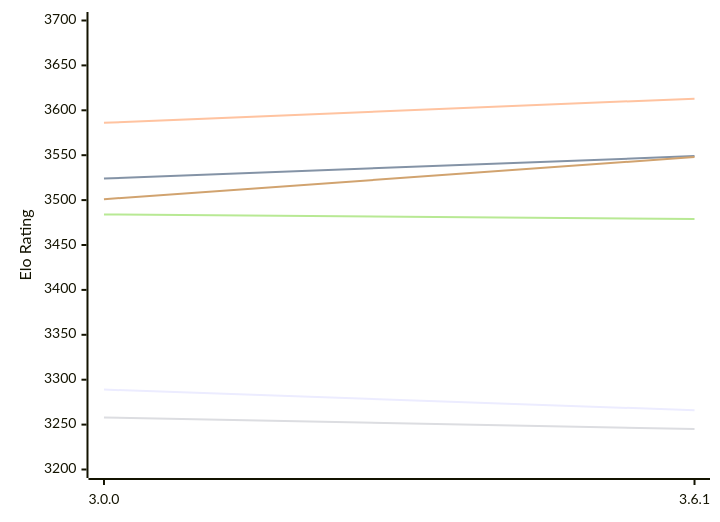
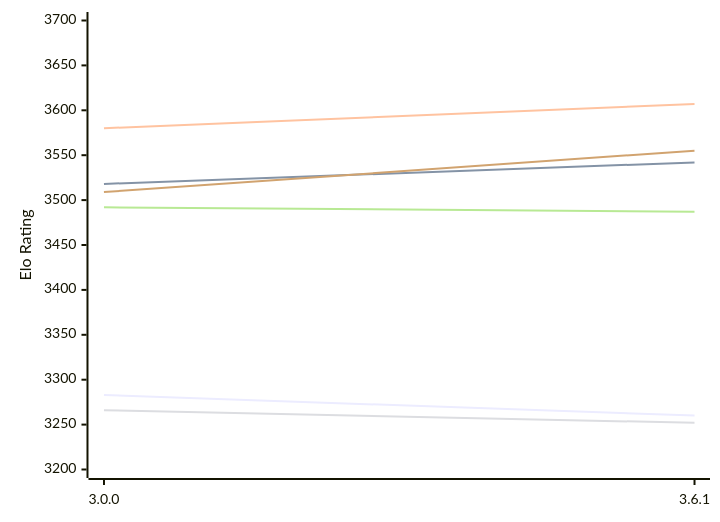
The diagram in engines/Peras.md (computer-chess-index/cci), drawn with Mermaid before and after one commit. The commit also changed other lines of this file, not shown here.

Commit message:
Update CCI Ratings (ELO VLTC) - 2026-11-18

````diff
--- a/engines/Peras.md
+++ b/engines/Peras.md
@@ -49,12 +49,12 @@
 ```mermaid
 %%{init: {"theme":"base","themeVariables":{"seriesColors:['#a3a3a3','#222221','#faa371']}}}%%
 xychart-beta
   x-axis ["3.0.0", "3.6.1"]
   y-axis "Elo Rating" 3200 --> 3700
-  line "E1: STC (8.0+0.08s)" [3289, 3266]
-  line "E1: LTC (60.0+0.60s)" [3524, 3549]
-  line "E1: VLTC (2m24s+1.12s)" [3586, 3613]
-  line "P1: STC (8.0+0.08s)" [3258, 3245]
-  line "P1: LTC (60.0+0.60s)" [3484, 3479]
-  line "P1: VLTC (2m24s+1.12s)" [3501, 3548]
+  line "E1: STC (8.0+0.08s)" [3283, 3260]
+  line "E1: LTC (60.0+0.60s)" [3518, 3542]
+  line "E1: VLTC (2m24s+1.12s)" [3580, 3607]
+  line "P1: STC (8.0+0.08s)" [3266, 3252]
+  line "P1: LTC (60.0+0.60s)" [3492, 3487]
+  line "P1: VLTC (2m24s+1.12s)" [3509, 3555]
 ```
````
